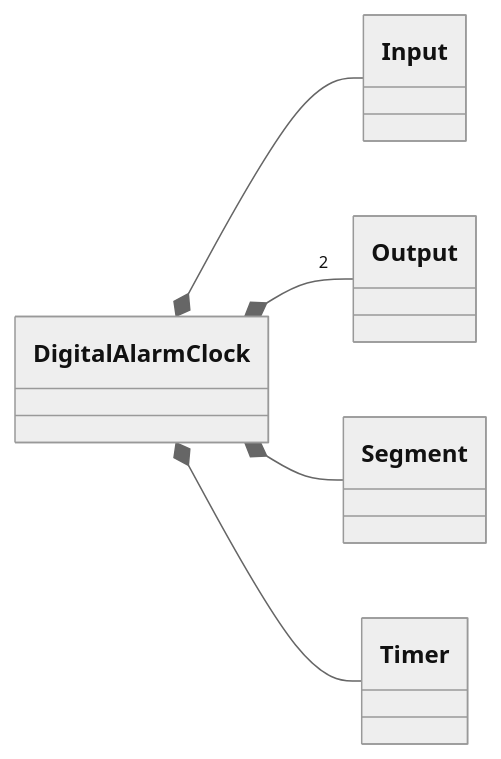
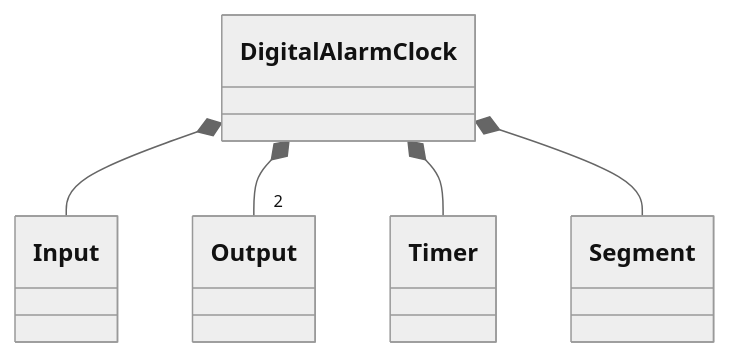
One commit to vermilion9312/digital-alarm-clock changed the third of 3 diagrams in README.md. Above: the diagram before and after it, drawn with Mermaid (neutral theme). The commit also changed other lines of this file, not shown here.

````diff
--- a/README.md
+++ b/README.md
@@ -43,16 +43,16 @@
 ```mermaid
 classDiagram
-direction LR
+direction TB
 
 class Input
 class Output 
 class Segment 
 class Timer
 class DigitalAlarmClock
 
 DigitalAlarmClock *-- Input
 DigitalAlarmClock *-- "2" Output
+DigitalAlarmClock *-- Timer
 DigitalAlarmClock *-- Segment
-DigitalAlarmClock *-- Timer
 
 ```
````
